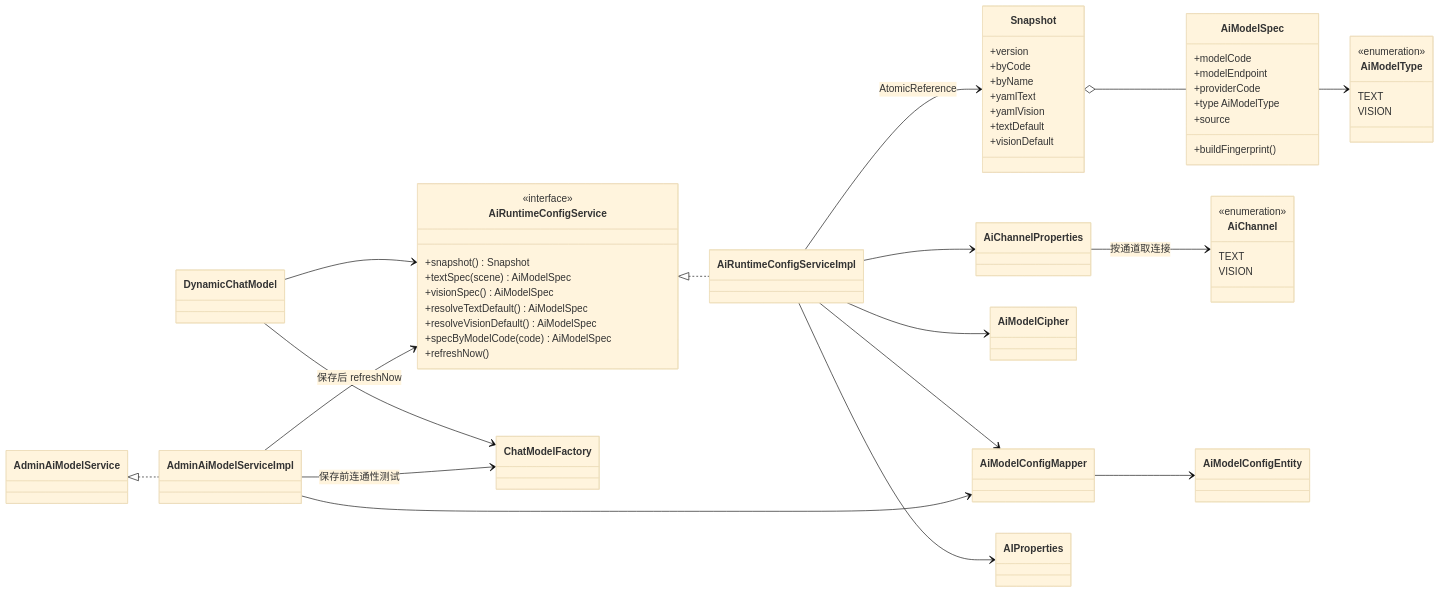
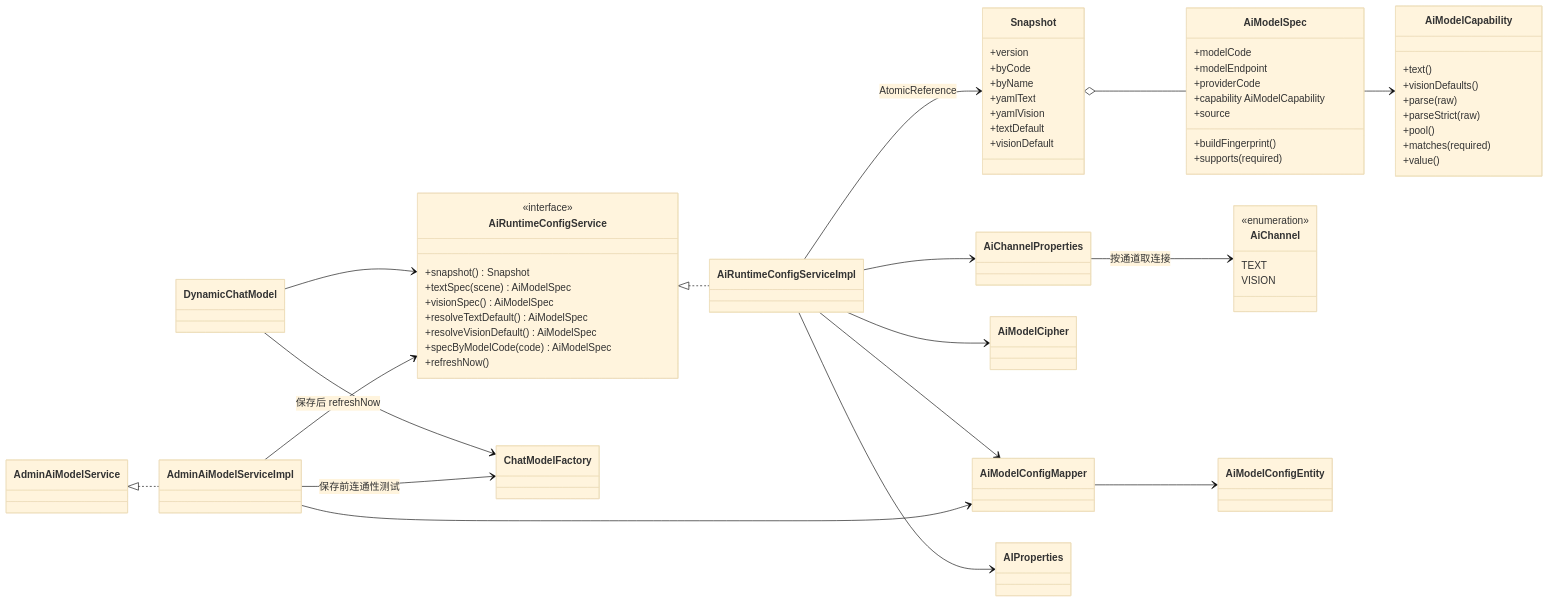
One commit to xiaoyejinjier/GlucoPilot-backend changed the sixth of 9 diagrams in docs/AI-模块UML.md. Above: the diagram before and after it, drawn with Mermaid (base theme). The commit also changed 21 other files, not shown here.

````diff
--- a/docs/AI-模块UML.md
+++ b/docs/AI-模块UML.md
@@ -316,68 +316,73 @@
 ```mermaid
 classDiagram
     direction LR
 
     class AiRuntimeConfigService {
         <<interface>>
         +snapshot() Snapshot
         +textSpec(scene) AiModelSpec
         +visionSpec() AiModelSpec
         +resolveTextDefault() AiModelSpec
         +resolveVisionDefault() AiModelSpec
         +specByModelCode(code) AiModelSpec
         +refreshNow()
     }
     class AiRuntimeConfigServiceImpl
     class Snapshot {
         +version
         +byCode
         +byName
         +yamlText
         +yamlVision
         +textDefault
         +visionDefault
     }
     class AiModelSpec {
         +modelCode
         +modelEndpoint
         +providerCode
-        +type AiModelType
+        +capability AiModelCapability
         +source
         +buildFingerprint()
+        +supports(required)
     }
-    class AiModelType {
-        <<enumeration>>
-        TEXT
-        VISION
+    class AiModelCapability {
+        +text()
+        +visionDefaults()
+        +parse(raw)
+        +parseStrict(raw)
+        +pool()
+        +matches(required)
+        +value()
     }
     class AiChannel {
         <<enumeration>>
         TEXT
         VISION
     }
     class AiChannelProperties
     class AiModelCipher
     class AiModelConfigMapper
     class AiModelConfigEntity
     class ChatModelFactory
     class DynamicChatModel
     class AdminAiModelService
     class AdminAiModelServiceImpl
 
     AiRuntimeConfigService <|.. AiRuntimeConfigServiceImpl
     AiRuntimeConfigServiceImpl --> Snapshot : AtomicReference
     Snapshot o-- AiModelSpec
-    AiModelSpec --> AiModelType
+    AiModelSpec --> AiModelCapability
     AiRuntimeConfigServiceImpl --> AiModelConfigMapper
     AiRuntimeConfigServiceImpl --> AiModelCipher
     AiRuntimeConfigServiceImpl --> AiChannelProperties
     AiRuntimeConfigServiceImpl --> AIProperties
     AiChannelProperties --> AiChannel : 按通道取连接
     AiModelConfigMapper --> AiModelConfigEntity
     DynamicChatModel --> AiRuntimeConfigService
     DynamicChatModel --> ChatModelFactory
     AdminAiModelService <|.. AdminAiModelServiceImpl
     AdminAiModelServiceImpl --> AiModelConfigMapper
     AdminAiModelServiceImpl --> AiRuntimeConfigService : 保存后 refreshNow
     AdminAiModelServiceImpl --> ChatModelFactory : 保存前连通性测试
 ```
````
